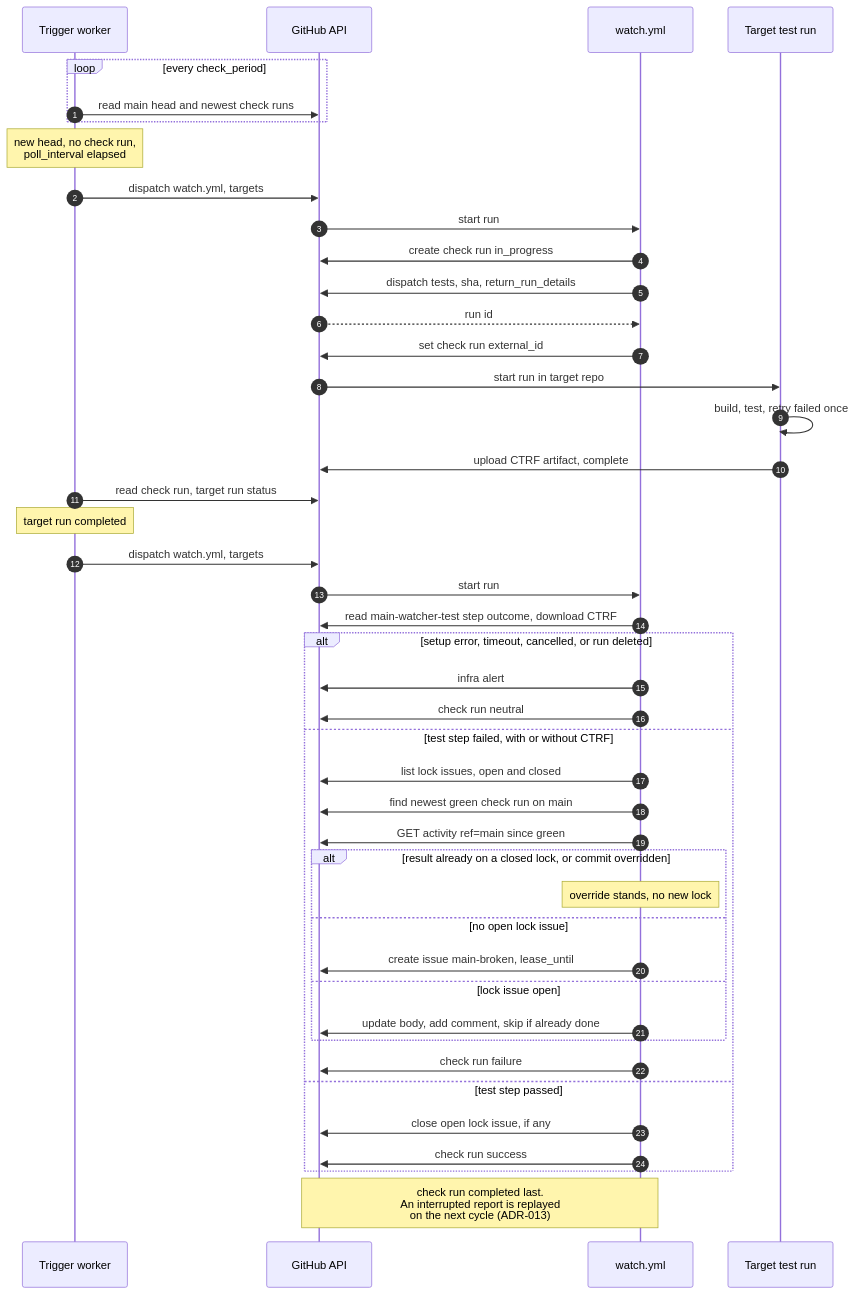
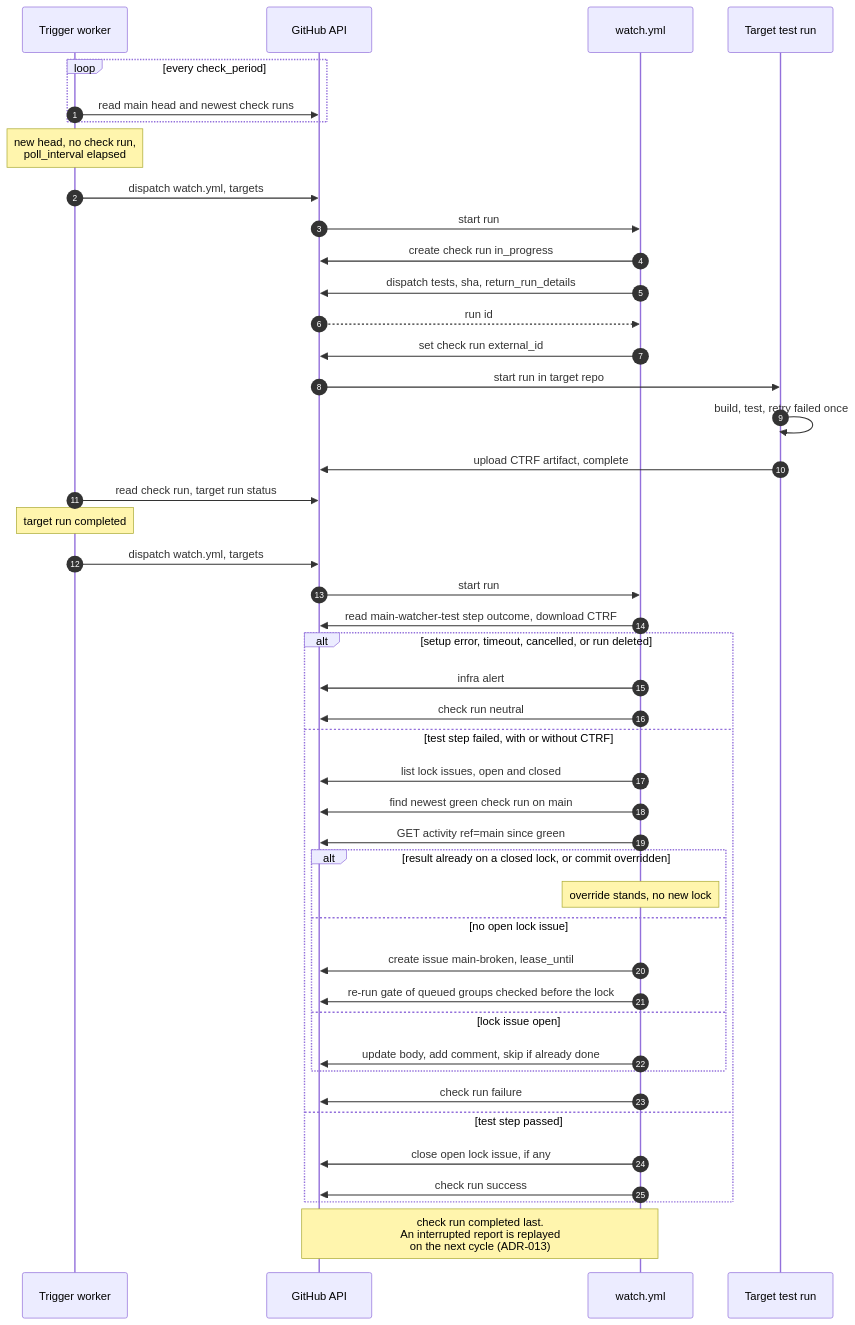
One commit to main-watcher-sandbox/main-watcher changed the third of 6 diagrams in docs/architecture/architecture.md. Above: the diagram before and after it, drawn with Mermaid. The commit also changed other lines of this file and 8 other files, not shown here.

First line of the commit message:
Address third adversarial review of architecture docs

````diff
--- a/docs/architecture/architecture.md
+++ b/docs/architecture/architecture.md
@@ -243,48 +245,49 @@
 ```mermaid
 %% name: seq-failure-to-lock
 sequenceDiagram
     autonumber
     participant W as Trigger worker
     participant GH as GitHub API
     participant WA as watch.yml
     participant T as Target test run
 
     loop every check_period
         W->>GH: read main head and newest check runs
     end
     Note over W: new head, no check run,<br/>poll_interval elapsed
     W->>GH: dispatch watch.yml, targets
     GH->>WA: start run
     WA->>GH: create check run in_progress
     WA->>GH: dispatch tests, sha, return_run_details
     GH-->>WA: run id
     WA->>GH: set check run external_id
     GH->>T: start run in target repo
     T->>T: build, test, retry failed once
     T->>GH: upload CTRF artifact, complete
     W->>GH: read check run, target run status
     Note over W: target run completed
     W->>GH: dispatch watch.yml, targets
     GH->>WA: start run
     WA->>GH: read main-watcher-test step outcome, download CTRF
     alt setup error, timeout, cancelled, or run deleted
         WA->>GH: infra alert
         WA->>GH: check run neutral
     else test step failed, with or without CTRF
         WA->>GH: list lock issues, open and closed
         WA->>GH: find newest green check run on main
         WA->>GH: GET activity ref=main since green
         alt result already on a closed lock, or commit overridden
             Note over WA: override stands, no new lock
         else no open lock issue
             WA->>GH: create issue main-broken, lease_until
+            WA->>GH: re-run gate of queued groups checked before the lock
         else lock issue open
             WA->>GH: update body, add comment, skip if already done
         end
         WA->>GH: check run failure
     else test step passed
         WA->>GH: close open lock issue, if any
         WA->>GH: check run success
     end
     Note over WA,GH: check run completed last.<br/>An interrupted report is replayed<br/>on the next cycle (ADR-013)
 ```
````
